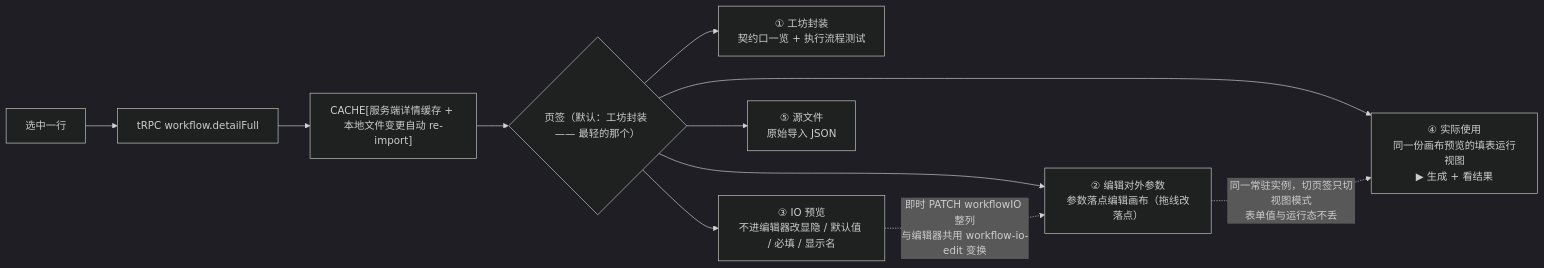
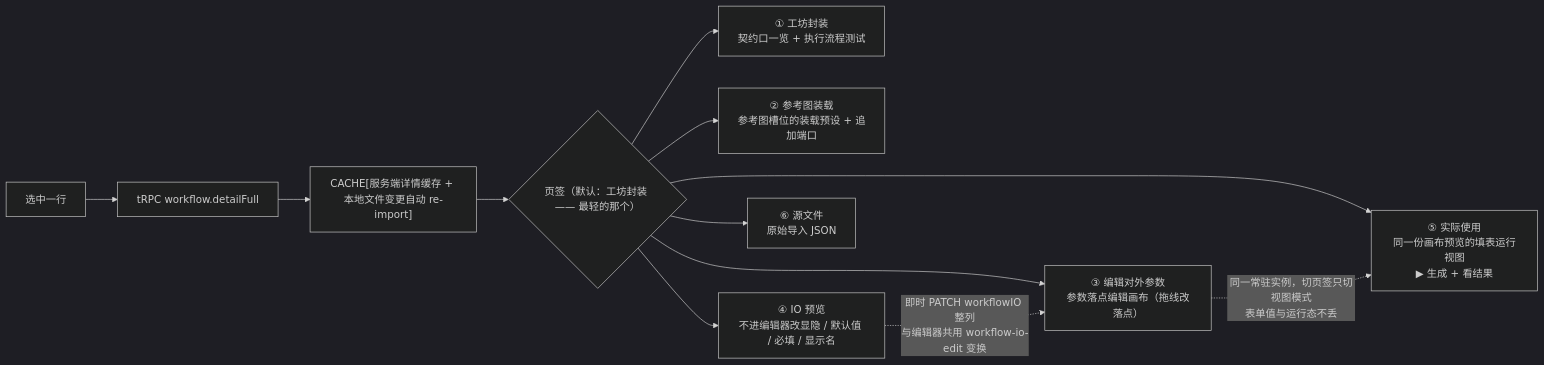
One commit to wuxianyuedu/comfy-app changed the fourth of 10 diagrams in docs/guides/feature-workflow-library-flow.md. Above: the diagram before and after it, drawn with Mermaid (dark theme). The commit also changed other lines of this file and 8 other files, not shown here.

First line of the commit message:
feat(studio): 参考图装载拆成独立页签，不再与工坊封装混装（#4526）

````diff
--- a/docs/guides/feature-workflow-library-flow.md
+++ b/docs/guides/feature-workflow-library-flow.md
@@ -157,13 +157,14 @@
 ```mermaid
 flowchart LR
   SEL["选中一行"] --> FULL["tRPC workflow.detailFull"]
   FULL --> C1["CACHE[服务端详情缓存 + 本地文件变更自动 re-import]"]
   C1 --> TABS{"页签（默认：工坊封装 —— 最轻的那个）"}
   TABS --> A["① 工坊封装<br/>契约口一览 + 执行流程测试"]
-  TABS --> B["② 编辑对外参数<br/>参数落点编辑画布（拖线改落点）"]
-  TABS --> E["③ IO 预览<br/>不进编辑器改显隐 / 默认值 / 必填 / 显示名"]
-  TABS --> C["④ 实际使用<br/>同一份画布预览的填表运行视图<br/>▶ 生成 + 看结果"]
-  TABS --> D["⑤ 源文件<br/>原始导入 JSON"]
+  TABS --> REF["② 参考图装载<br/>参考图槽位的装载预设 + 追加端口"]
+  TABS --> B["③ 编辑对外参数<br/>参数落点编辑画布（拖线改落点）"]
+  TABS --> E["④ IO 预览<br/>不进编辑器改显隐 / 默认值 / 必填 / 显示名"]
+  TABS --> C["⑤ 实际使用<br/>同一份画布预览的填表运行视图<br/>▶ 生成 + 看结果"]
+  TABS --> D["⑥ 源文件<br/>原始导入 JSON"]
   B -.->|"同一常驻实例，切页签只切视图模式<br/>表单值与运行态不丢"| C
   E -.->|"即时 PATCH workflowIO 整列<br/>与编辑器共用 workflow-io-edit 变换"| B
 ```
````
